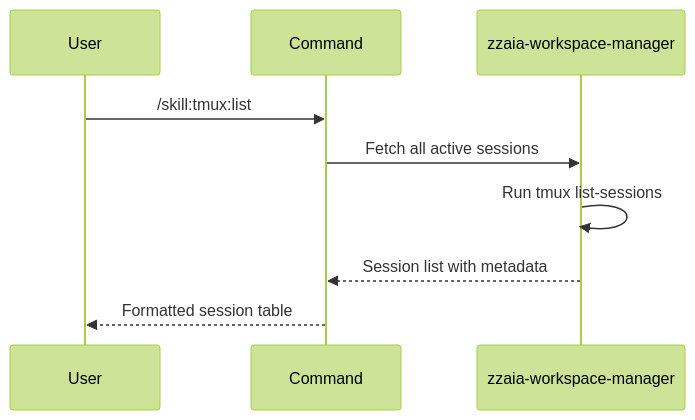
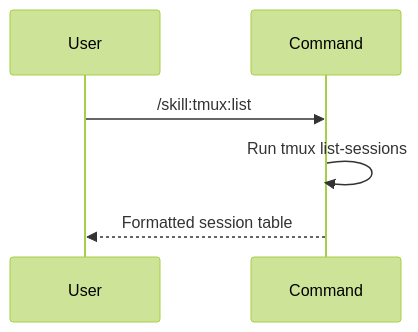
The diagram in .claude/commands/skill/tmux/list/SKILL.md (zzaia/zzaia-agentic-workspace), drawn with Mermaid (forest theme) before and after one commit. The commit also changed 5 other files, not shown here.

````diff
--- a/.claude/commands/skill/tmux/list/SKILL.md
+++ b/.claude/commands/skill/tmux/list/SKILL.md
@@ -26,12 +26,9 @@
 ```mermaid
 sequenceDiagram
     participant U as User
     participant C as Command
-    participant WM as zzaia-workspace-manager
 
     U->>C: /skill:tmux:list
-    C->>WM: Fetch all active sessions
-    WM->>WM: Run tmux list-sessions
-    WM-->>C: Session list with metadata
+    C->>C: Run tmux list-sessions
     C-->>U: Formatted session table
 ```
````
